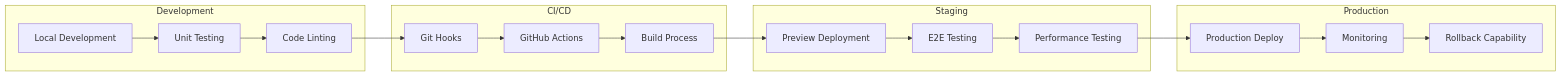
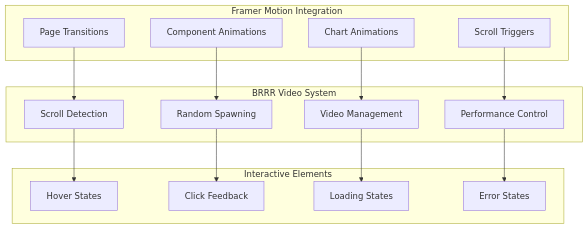
One commit to oxnr/picotop changed diagram 12 of 14 in ARCHITECTURE.md. Above: the diagram before and after it, drawn with Mermaid. The commit also changed other lines of this file and 12 other files, not shown here.

````diff
--- a/ARCHITECTURE.md
+++ b/ARCHITECTURE.md
@@ -446,41 +462,33 @@
 ```mermaid
-graph LR
-    subgraph "Development"
-        Local[Local Development]
-        Testing[Unit Testing]
-        Linting[Code Linting]
+graph TB
+    subgraph "Framer Motion Integration"
+        PageTransitions[Page Transitions]
+        ComponentAnimations[Component Animations]
+        ChartAnimations[Chart Animations]
+        ScrollTriggers[Scroll Triggers]
     end
     
-    subgraph "CI/CD"
-        GitHooks[Git Hooks]
-        Actions[GitHub Actions]
-        Building[Build Process]
+    subgraph "BRRR Video System"
+        ScrollDetection[Scroll Detection]
+        RandomSpawning[Random Spawning]
+        VideoManagement[Video Management]
+        PerformanceControl[Performance Control]
     end
     
-    subgraph "Staging"
-        Preview[Preview Deployment]
-        E2E[E2E Testing]
-        Performance[Performance Testing]
+    subgraph "Interactive Elements"
+        HoverStates[Hover States]
+        ClickFeedback[Click Feedback]
+        LoadingStates[Loading States]
+        ErrorStates[Error States]
     end
     
-    subgraph "Production"
-        Deploy[Production Deploy]
-        Monitor[Monitoring]
-        Rollback[Rollback Capability]
-    end
+    PageTransitions --> ScrollDetection
+    ComponentAnimations --> RandomSpawning
+    ChartAnimations --> VideoManagement
+    ScrollTriggers --> PerformanceControl
     
-    Local --> Testing
-    Testing --> Linting
-    Linting --> GitHooks
-    
-    GitHooks --> Actions
-    Actions --> Building
-    Building --> Preview
-    
-    Preview --> E2E
-    E2E --> Performance
-    Performance --> Deploy
-    
-    Deploy --> Monitor
-    Monitor --> Rollback
+    ScrollDetection --> HoverStates
+    RandomSpawning --> ClickFeedback
+    VideoManagement --> LoadingStates
+    PerformanceControl --> ErrorStates
 ```
````
